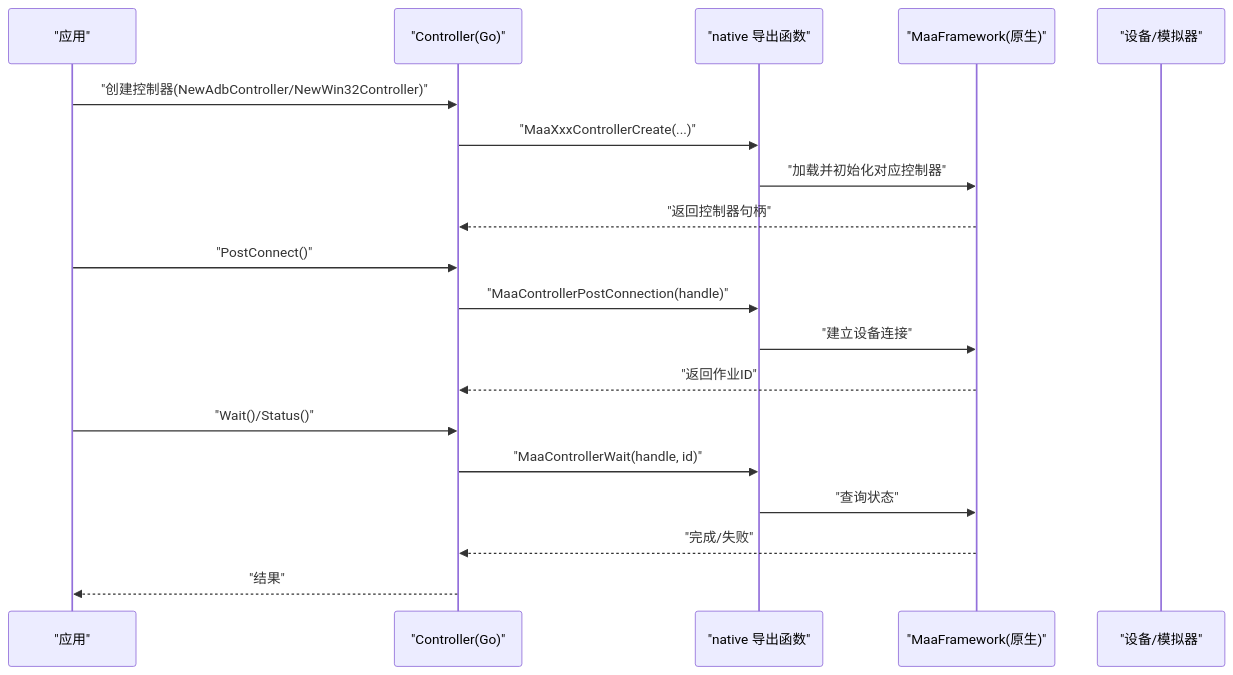
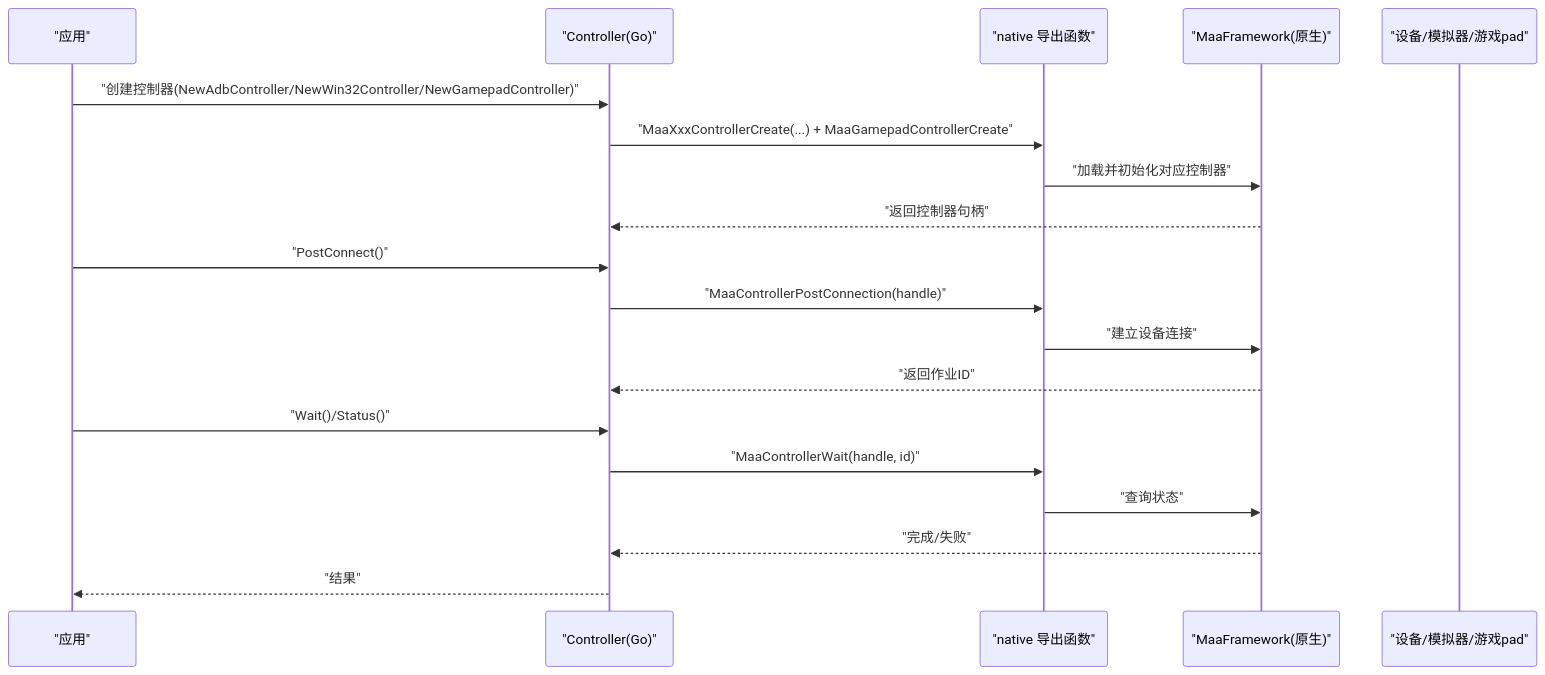
One commit to kqcoxn/MaaPipelineEditor changed the second of 3 diagrams in instructions/maafw-golang-binding/核心概念/控制器 (Controller)/控制器 (Controller).md. Above: the diagram before and after it, drawn with Mermaid. The commit also changed other lines of this file and 7 other files, not shown here.

````diff
--- a/instructions/maafw-golang-binding/核心概念/控制器 (Controller)/控制器 (Controller).md
+++ b/instructions/maafw-golang-binding/核心概念/控制器 (Controller)/控制器 (Controller).md
@@ -120,21 +130,21 @@
 ```mermaid
 sequenceDiagram
 participant App as "应用"
 participant Ctrl as "Controller(Go)"
 participant Native as "native 导出函数"
 participant FW as "MaaFramework(原生)"
-participant Dev as "设备/模拟器"
-App->>Ctrl : "创建控制器(NewAdbController/NewWin32Controller)"
-Ctrl->>Native : "MaaXxxControllerCreate(...)"
+participant Dev as "设备/模拟器/游戏pad"
+App->>Ctrl : "创建控制器(NewAdbController/NewWin32Controller/NewGamepadController)"
+Ctrl->>Native : "MaaXxxControllerCreate(...) + MaaGamepadControllerCreate"
 Native->>FW : "加载并初始化对应控制器"
 FW-->>Ctrl : "返回控制器句柄"
 App->>Ctrl : "PostConnect()"
 Ctrl->>Native : "MaaControllerPostConnection(handle)"
 Native->>FW : "建立设备连接"
 FW-->>Ctrl : "返回作业ID"
 App->>Ctrl : "Wait()/Status()"
 Ctrl->>Native : "MaaControllerWait(handle, id)"
 Native->>FW : "查询状态"
 FW-->>Ctrl : "完成/失败"
 Ctrl-->>App : "结果"
 ```
````
